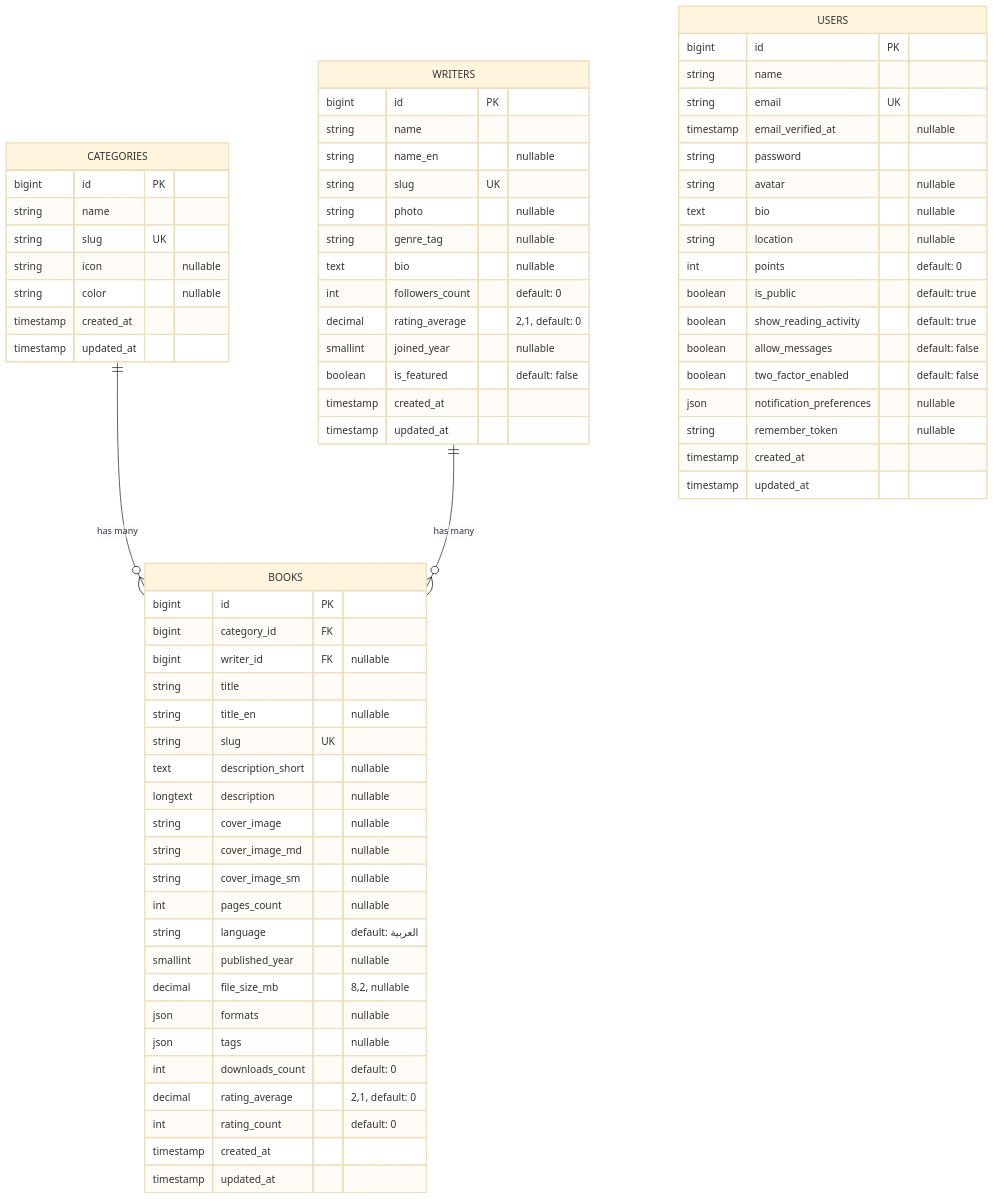
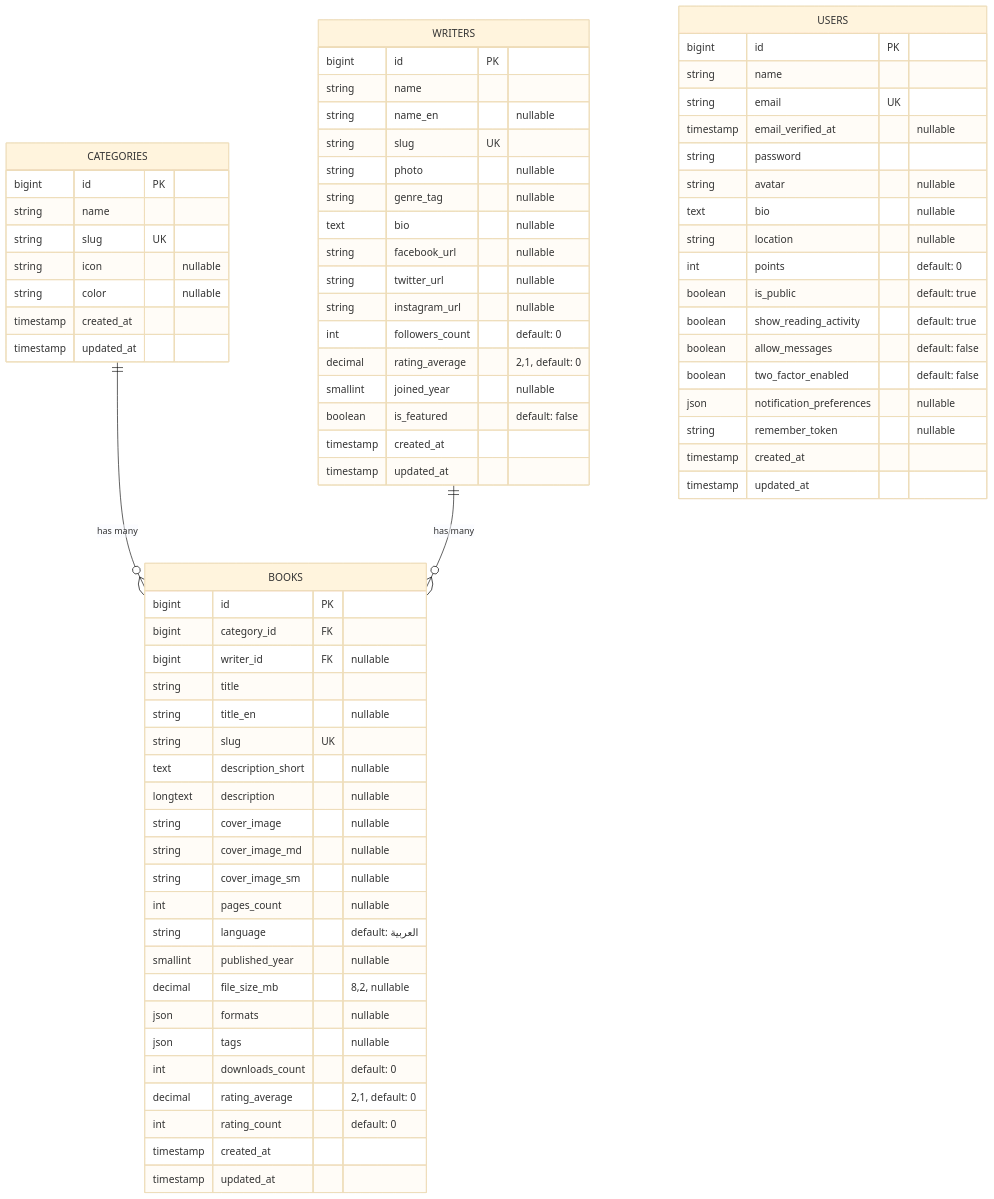
One commit to hamdaouiwassim/nootabooks-reader changed the diagram in DATABASE.md. Above: the diagram before and after it, drawn with Mermaid (base theme). The commit also changed other lines of this file and 8 other files, not shown here.

````diff
--- a/DATABASE.md
+++ b/DATABASE.md
@@ -7,76 +7,79 @@
 ```mermaid
 erDiagram
     CATEGORIES ||--o{ BOOKS : "has many"
     WRITERS ||--o{ BOOKS : "has many"
 
     CATEGORIES {
         bigint id PK
         string name
         string slug UK
         string icon "nullable"
         string color "nullable"
         timestamp created_at
         timestamp updated_at
     }
 
     WRITERS {
         bigint id PK
         string name
         string name_en "nullable"
         string slug UK
         string photo "nullable"
         string genre_tag "nullable"
         text bio "nullable"
+        string facebook_url "nullable"
+        string twitter_url "nullable"
+        string instagram_url "nullable"
         int followers_count "default: 0"
         decimal rating_average "2,1, default: 0"
         smallint joined_year "nullable"
         boolean is_featured "default: false"
         timestamp created_at
         timestamp updated_at
     }
 
     BOOKS {
         bigint id PK
         bigint category_id FK
         bigint writer_id FK "nullable"
         string title
         string title_en "nullable"
         string slug UK
         text description_short "nullable"
         longtext description "nullable"
         string cover_image "nullable"
         string cover_image_md "nullable"
         string cover_image_sm "nullable"
         int pages_count "nullable"
         string language "default: العربية"
         smallint published_year "nullable"
         decimal file_size_mb "8,2, nullable"
         json formats "nullable"
         json tags "nullable"
         int downloads_count "default: 0"
         decimal rating_average "2,1, default: 0"
         int rating_count "default: 0"
         timestamp created_at
         timestamp updated_at
     }
 
     USERS {
         bigint id PK
         string name
         string email UK
         timestamp email_verified_at "nullable"
         string password
         string avatar "nullable"
         text bio "nullable"
         string location "nullable"
         int points "default: 0"
         boolean is_public "default: true"
         boolean show_reading_activity "default: true"
         boolean allow_messages "default: false"
         boolean two_factor_enabled "default: false"
         json notification_preferences "nullable"
         string remember_token "nullable"
         timestamp created_at
         timestamp updated_at
     }
 ```
````
